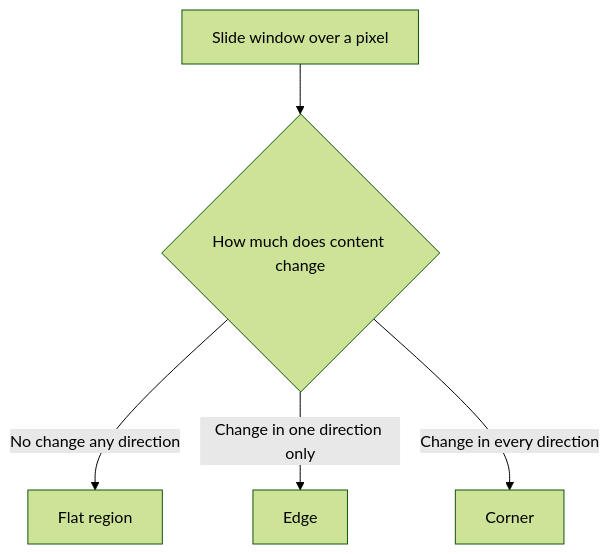
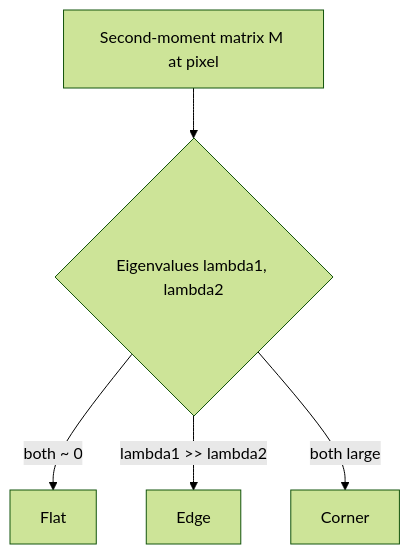
Before and after one commit to CODECRUNCHWORLDWIDE/C56-CRUNCH-VISION: the diagram in curriculum/week-02-classical-cv-edges-features-descriptors/lecture-notes/02-corners-and-keypoints.md, drawn with Mermaid (forest theme). The commit also changed other lines of this file and 254 other files, not shown here.

Commit message:
docs: add diagrams + sync content from curriculum source

````diff
--- a/curriculum/week-02-classical-cv-edges-features-descriptors/lecture-notes/02-corners-and-keypoints.md
+++ b/curriculum/week-02-classical-cv-edges-features-descriptors/lecture-notes/02-corners-and-keypoints.md
@@ -15,7 +46,7 @@
 ```mermaid
 flowchart TD
-  A["Slide window over a pixel"] --> B{"How much does content change"}
-  B -->|"No change any direction"| C["Flat region"]
-  B -->|"Change in one direction only"| D["Edge"]
-  B -->|"Change in every direction"| E["Corner"]
+  A["Second-moment matrix M at pixel"] --> B{"Eigenvalues lambda1, lambda2"}
+  B -->|"both ~ 0"| C["Flat"]
+  B -->|"lambda1 >> lambda2"| D["Edge"]
+  B -->|"both large"| E["Corner"]
 ```
````
